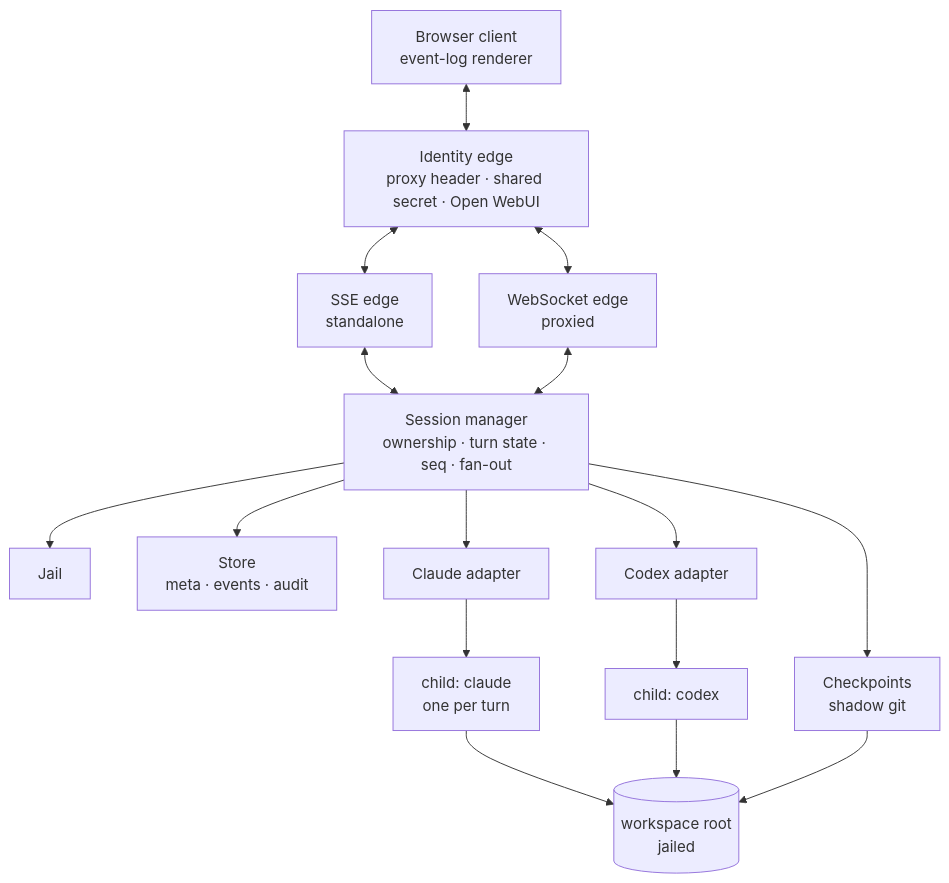
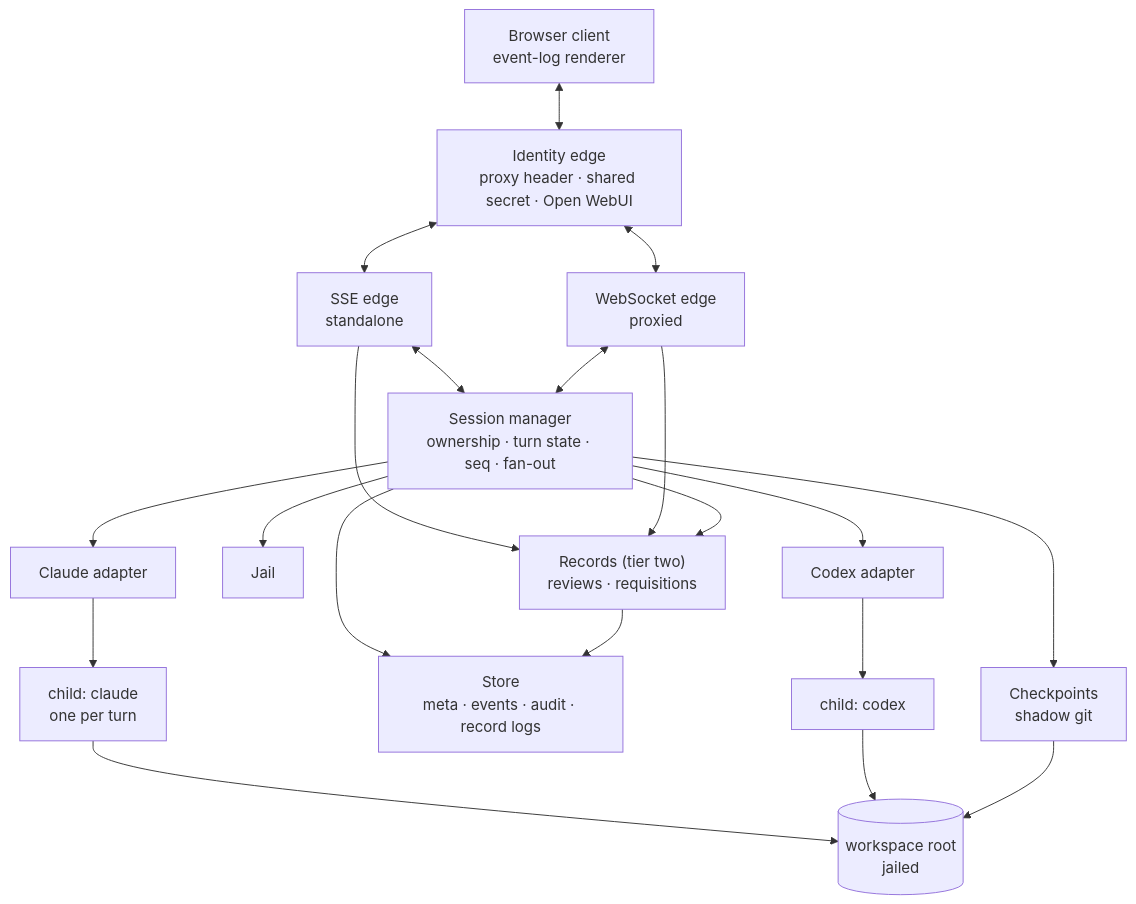
One commit to The-Running-Dev/SubZeroDev.SkyNetHR changed the first of 2 diagrams in design/10-design.md. Above: the diagram before and after it, drawn with Mermaid. The commit also changed other lines of this file and 8 other files, not shown here.

First line of the commit message:
Import console prototype and carry tier-two rulings through design (#51)

````diff
--- a/design/10-design.md
+++ b/design/10-design.md
@@ -7,28 +18,33 @@
 ```mermaid
 flowchart TB
     B["Browser client<br/>event-log renderer"]
     P["Identity edge<br/>proxy header · shared secret · Open WebUI"]
     E1["SSE edge<br/>standalone"]
     E2["WebSocket edge<br/>proxied"]
     S["Session manager<br/>ownership · turn state · seq · fan-out"]
+    R["Records (tier two)<br/>reviews · requisitions"]
     J["Jail"]
     K["Checkpoints<br/>shadow git"]
-    ST["Store<br/>meta · events · audit"]
+    ST["Store<br/>meta · events · audit · record logs"]
     A1["Claude adapter"]
     A2["Codex adapter"]
     C1["child: claude<br/>one per turn"]
     C2["child: codex"]
     W[("workspace root<br/>jailed")]
 
     B <--> P
     P <--> E1 <--> S
     P <--> E2 <--> S
+    E1 --> R
+    E2 --> R
+    S --> R
     S --> J
     S --> K
     S --> ST
+    R --> ST
     S --> A1 --> C1
     S --> A2 --> C2
     C1 --> W
     C2 --> W
     K --> W
 ```
````
